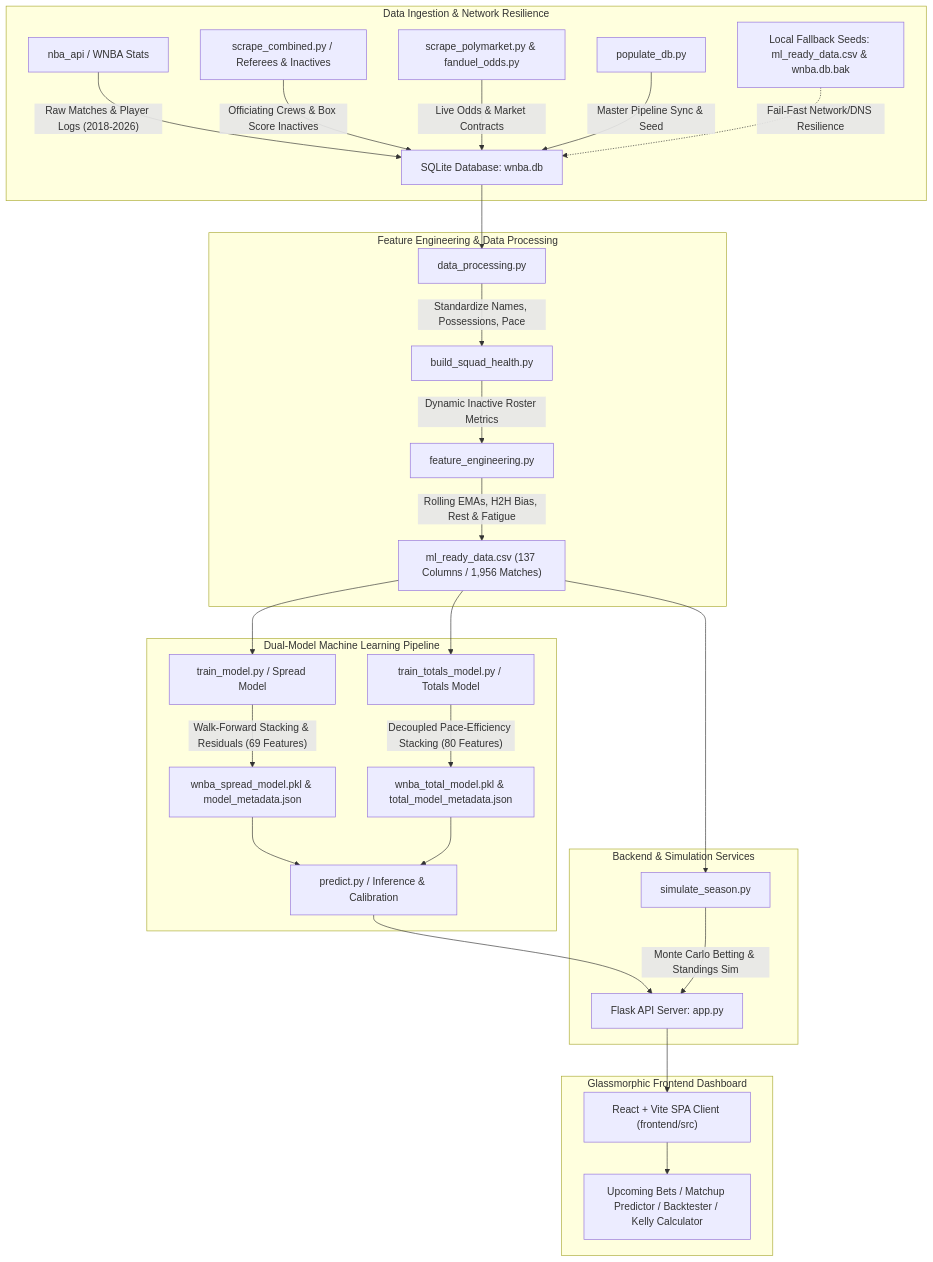
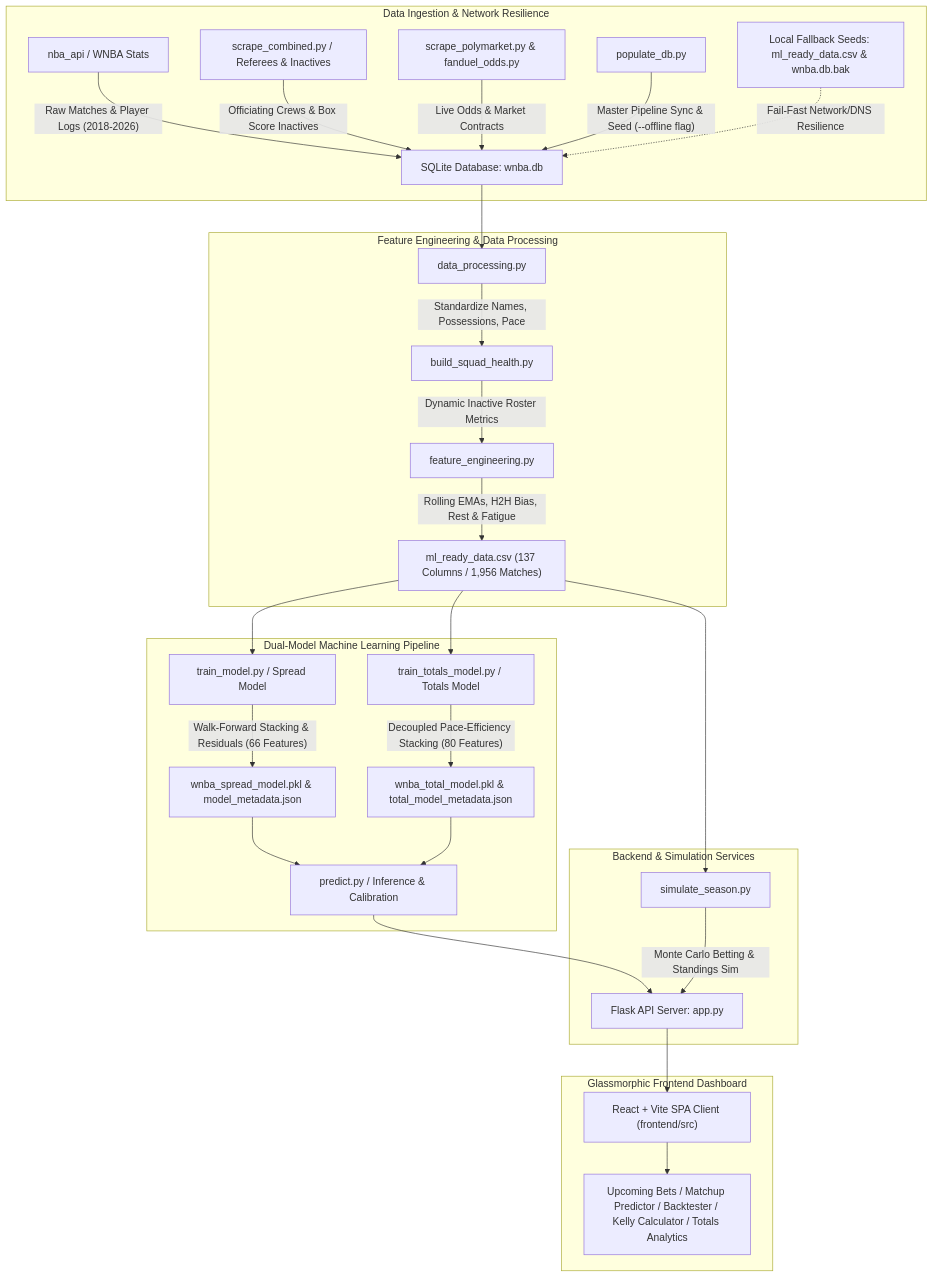
The diagram in README.md (Yo014/ML-WnbaPrediction), drawn with Mermaid before and after one commit. The commit also changed other lines of this file and 17 other files, not shown here.

````diff
--- a/README.md
+++ b/README.md
@@ -11,39 +11,39 @@
 ```mermaid
 flowchart TD
     subgraph Data Ingestion & Network Resilience
         A["nba_api / WNBA Stats"] -->|"Raw Matches & Player Logs (2018-2026)"| D["SQLite Database: wnba.db"]
         B["scrape_combined.py / Referees & Inactives"] -->|"Officiating Crews & Box Score Inactives"| D
         C["scrape_polymarket.py & fanduel_odds.py"] -->|"Live Odds & Market Contracts"| D
-        P["populate_db.py"] -->|"Master Pipeline Sync & Seed"| D
+        P["populate_db.py"] -->|"Master Pipeline Sync & Seed (--offline flag)"| D
         FB["Local Fallback Seeds: ml_ready_data.csv & wnba.db.bak"] -.->|"Fail-Fast Network/DNS Resilience"| D
     end
 
     subgraph Feature Engineering & Data Processing
         D --> E["data_processing.py"]
         E -->|"Standardize Names, Possessions, Pace"| F["build_squad_health.py"]
         F -->|"Dynamic Inactive Roster Metrics"| G["feature_engineering.py"]
         G -->|"Rolling EMAs, H2H Bias, Rest & Fatigue"| H["ml_ready_data.csv (137 Columns / 1,956 Matches)"]
     end
 
     subgraph Dual-Model Machine Learning Pipeline
         H --> I["train_model.py / Spread Model"]
         H --> J["train_totals_model.py / Totals Model"]
         
-        I -->|"Walk-Forward Stacking & Residuals (69 Features)"| K["wnba_spread_model.pkl & model_metadata.json"]
+        I -->|"Walk-Forward Stacking & Residuals (66 Features)"| K["wnba_spread_model.pkl & model_metadata.json"]
         J -->|"Decoupled Pace-Efficiency Stacking (80 Features)"| L["wnba_total_model.pkl & total_model_metadata.json"]
         
         K --> M["predict.py / Inference & Calibration"]
         L --> M
     end
 
     subgraph Backend & Simulation Services
         M --> N["Flask API Server: app.py"]
         H --> O["simulate_season.py"]
         O -->|"Monte Carlo Betting & Standings Sim"| N
     end
 
     subgraph Glassmorphic Frontend Dashboard
         N --> Q["React + Vite SPA Client (frontend/src)"]
-        Q --> R["Upcoming Bets / Matchup Predictor / Backtester / Kelly Calculator"]
+        Q --> R["Upcoming Bets / Matchup Predictor / Backtester / Kelly Calculator / Totals Analytics"]
     end
 ```
````
